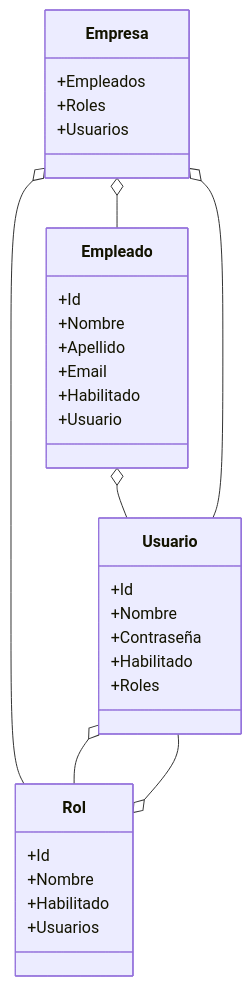
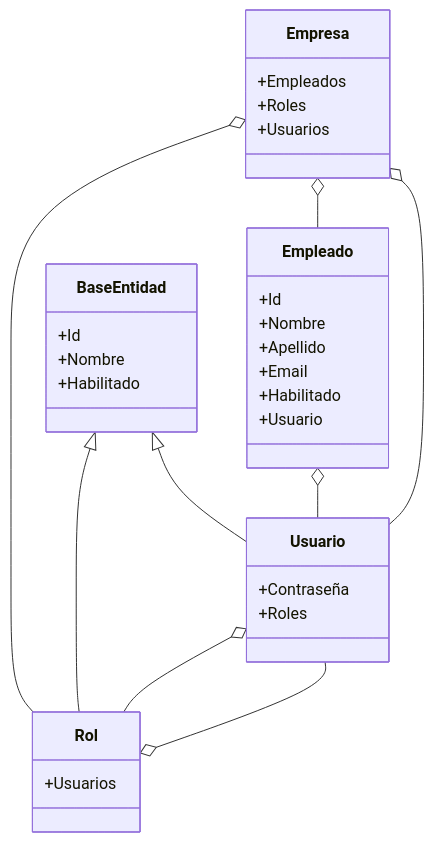
The diagram in doc/diagrama.mmd (ET12Objetos/Autenticacion), drawn with Mermaid before and after one commit. The commit also changed 3 other files, not shown here.

```diff
--- a/doc/diagrama.mmd
+++ b/doc/diagrama.mmd
@@ -1,34 +1,36 @@
 classDiagram
     Empleado o-- Usuario
     Empresa o-- Rol
     Empresa o-- Empleado
     Empresa o-- Usuario
 
     Rol o-- Usuario
     Usuario o-- Rol
 
+    BaseEntidad <|-- Rol
+    BaseEntidad <|-- Usuario
+
+    class BaseEntidad
+    BaseEntidad: +Id
+    BaseEntidad: +Nombre
+    BaseEntidad: +Habilitado
+
     class Usuario
-    Usuario: +Id
-    Usuario: +Nombre
     Usuario: +Contraseña
-    Usuario: +Habilitado
     Usuario: +Roles
 
     class Empleado
     Empleado: +Id
     Empleado: +Nombre
     Empleado: +Apellido
     Empleado: +Email
     Empleado: +Habilitado
     Empleado: +Usuario
 
     class Rol
-    Rol: +Id
-    Rol: +Nombre
-    Rol: +Habilitado
     Rol: +Usuarios
 
     class Empresa
     Empresa: +Empleados
     Empresa: +Roles
     Empresa: +Usuarios
```
